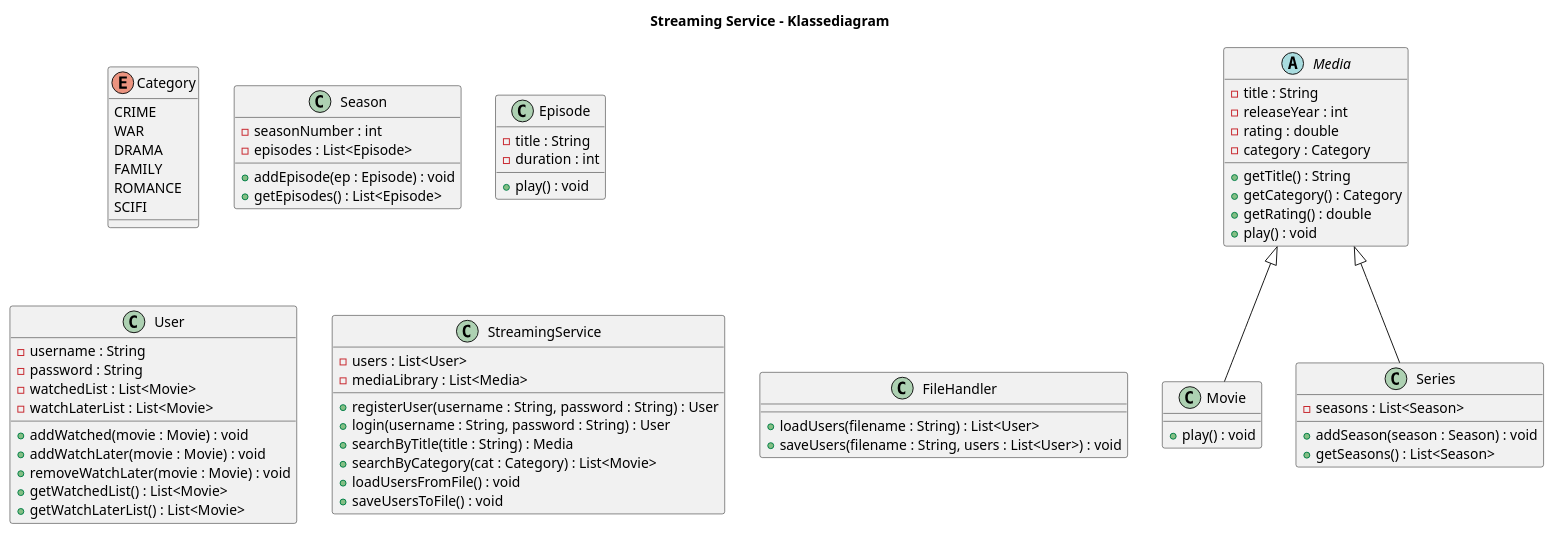
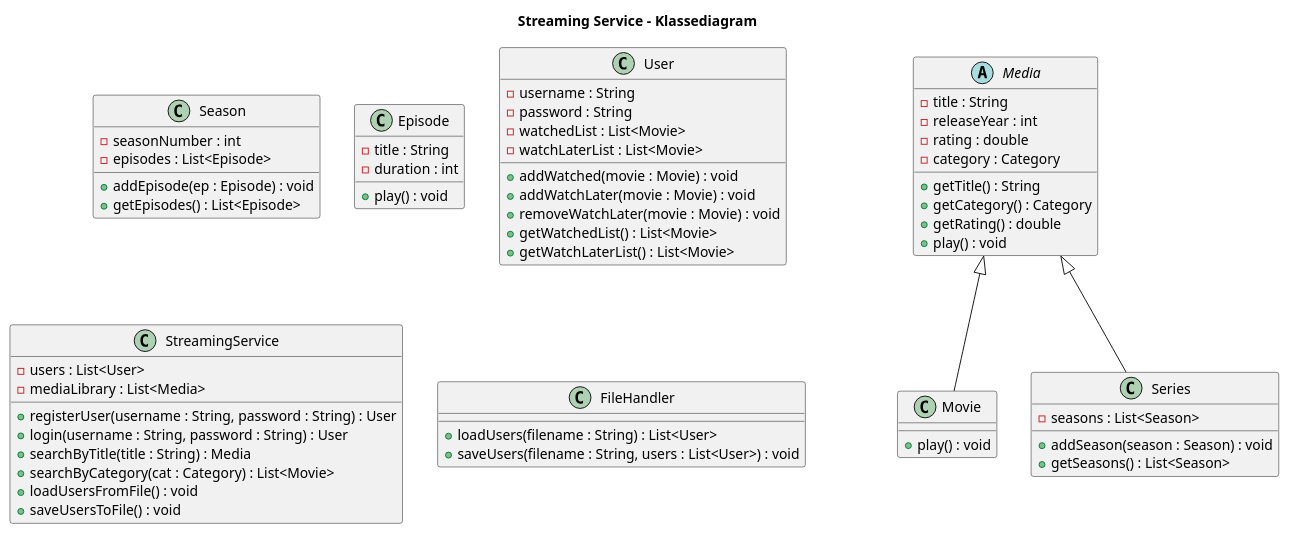
The diagram in SP3 opgave/doc/Classdiagram.puml (Nakatina/SP-3-school-project), drawn with PlantUML before and after one commit.

Commit message:
Fjernet Enum Category fra klassediagram

```diff
--- a/SP3 opgave/doc/Classdiagram.puml
+++ b/SP3 opgave/doc/Classdiagram.puml
@@ -1,78 +1,68 @@
 @startuml
 title Streaming Service - Klassediagram
-
-' ===== ENUMS =====
-enum Category {
-  CRIME
-  WAR
-  DRAMA
-  FAMILY
-  ROMANCE
-  SCIFI
-}
 
 ' ===== ABSTRACT BASE CLASS =====
 abstract class Media {
   - title : String
   - releaseYear : int
   - rating : double
   - category : Category
   + getTitle() : String
   + getCategory() : Category
   + getRating() : double
   + play() : void
 }
 
 class Movie extends Media {
   + play() : void
 }
 
 class Series extends Media {
   - seasons : List<Season>
   + addSeason(season : Season) : void
   + getSeasons() : List<Season>
 }
 
 class Season {
   - seasonNumber : int
   - episodes : List<Episode>
   + addEpisode(ep : Episode) : void
   + getEpisodes() : List<Episode>
 }
 
 class Episode {
   - title : String
   - duration : int
   + play() : void
 }
 
 ' ===== USER =====
 class User {
   - username : String
   - password : String
   - watchedList : List<Movie>
   - watchLaterList : List<Movie>
   + addWatched(movie : Movie) : void
   + addWatchLater(movie : Movie) : void
   + removeWatchLater(movie : Movie) : void
   + getWatchedList() : List<Movie>
   + getWatchLaterList() : List<Movie>
 }
 
 ' ===== SYSTEM / SERVICE =====
 class StreamingService {
   - users : List<User>
   - mediaLibrary : List<Media>
   + registerUser(username : String, password : String) : User
   + login(username : String, password : String) : User
   + searchByTitle(title : String) : Media
   + searchByCategory(cat : Category) : List<Movie>
   + loadUsersFromFile() : void
   + saveUsersToFile() : void
 }
 
 class FileHandler {
   + loadUsers(filename : String) : List<User>
   + saveUsers(filename : String, users : List<User>) : void
 }
 @enduml
```
